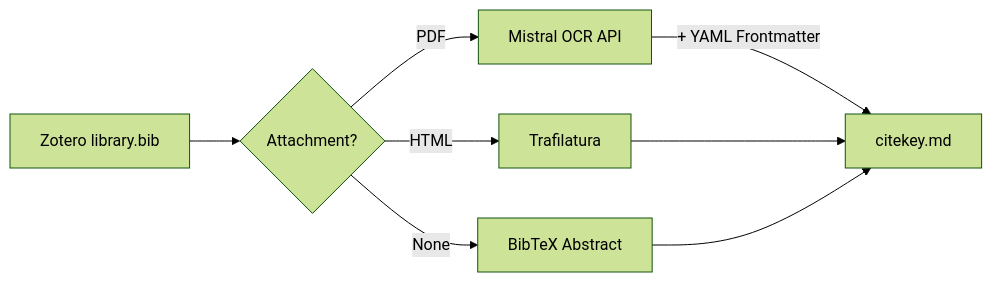
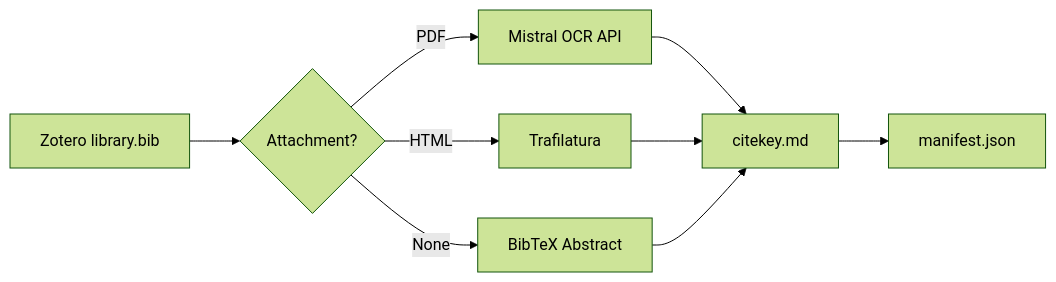
Before and after one commit to Jidi1997/mark-lit-down: the diagram in README.md, drawn with Mermaid (forest theme). The commit also changed other lines of this file and 3 other files, not shown here.

Commit message:
Normalize output schema and refresh project docs

````diff
--- a/README.md
+++ b/README.md
@@ -38,10 +49,11 @@
 ```mermaid
 graph LR
     A["Zotero library.bib"] --> B{"Attachment?"}
     B -- PDF --> C["Mistral OCR API"]
     B -- HTML --> D["Trafilatura"]
     B -- None --> E["BibTeX Abstract"]
-    C -->|"+ YAML Frontmatter"| F["citekey.md"]
+    C --> F["citekey.md"]
     D --> F
     E --> F
+    F --> G["manifest.json"]
 ```
````
